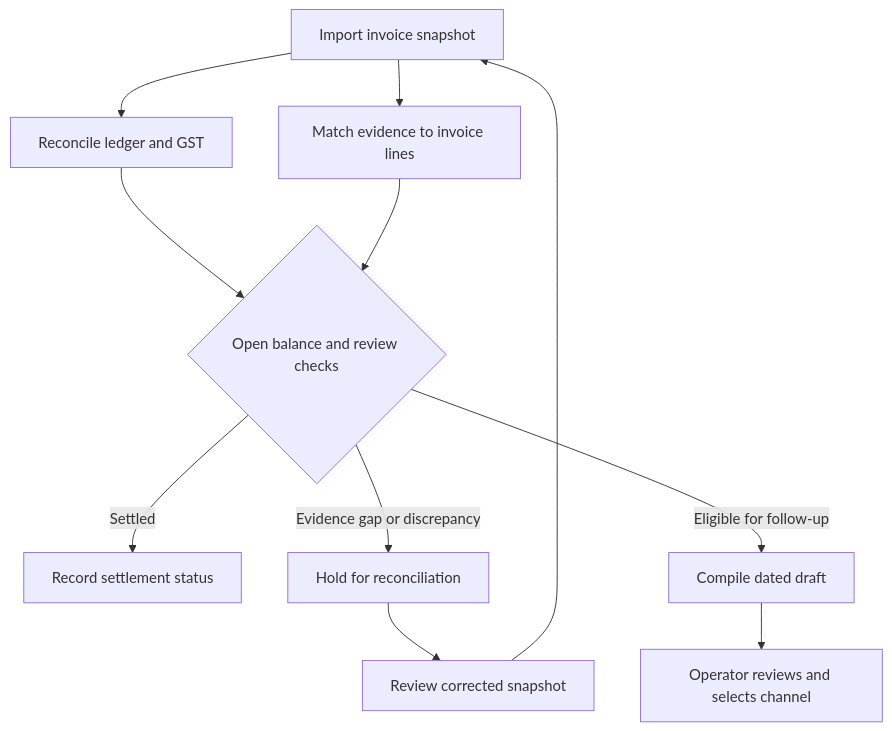
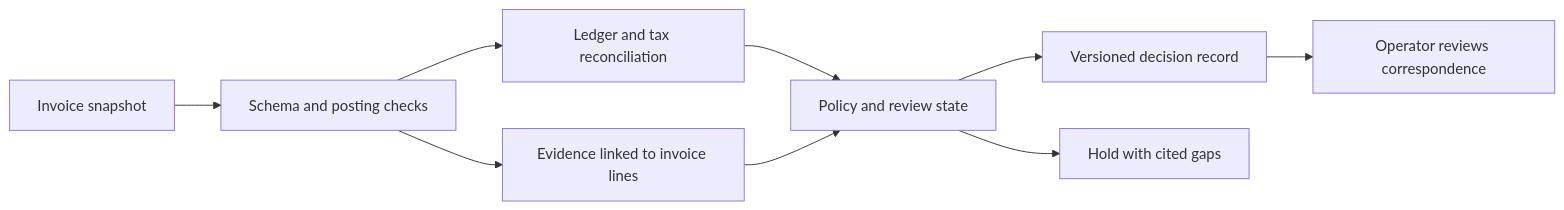
Before and after one commit to pushkkal0201-bit/ProofPay: the first of 2 diagrams in README.md, drawn with Mermaid. The commit also changed other lines of this file and 1 other file, not shown here.

Commit message:
Expand ProofPay technical README and architecture diagram

````diff
--- a/README.md
+++ b/README.md
@@ -55,13 +37,11 @@
 ```mermaid
-flowchart TD
-    A[Import invoice snapshot] --> B[Reconcile ledger and GST]
-    A --> C[Match evidence to invoice lines]
-    B --> D{Open balance and review checks}
-    C --> D
-    D -->|Settled| E[Record settlement status]
-    D -->|Evidence gap or discrepancy| F[Hold for reconciliation]
-    D -->|Eligible for follow-up| G[Compile dated draft]
-    F --> H[Review corrected snapshot]
-    H --> A
-    G --> I[Operator reviews and selects channel]
+flowchart LR
+    A[Invoice snapshot] --> B[Schema and posting checks]
+    B --> C[Ledger and tax reconciliation]
+    B --> D[Evidence linked to invoice lines]
+    C --> E[Policy and review state]
+    D --> E
+    E --> F[Versioned decision record]
+    F --> G[Operator reviews correspondence]
+    E --> H[Hold with cited gaps]
 ```
````
